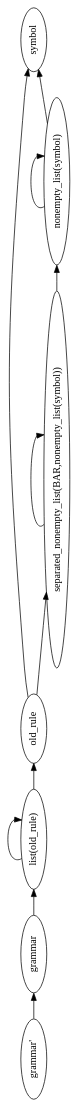
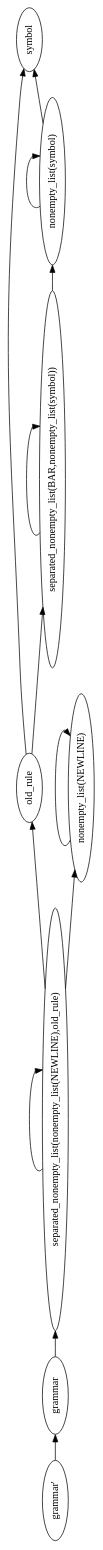
One commit to meta-introspector/gbnf-nice-parser changed the diagram in lib/sentenceParser.dot. Above: the diagram before and after it, drawn with Graphviz. The commit also changed 2 other files, not shown here.

```diff
--- a/lib/sentenceParser.dot
+++ b/lib/sentenceParser.dot
@@ -1,23 +1,26 @@
 digraph G {
 orientation = landscape;
 rankdir = LR;
 ratio = compress;
 nt0 [ label="grammar'" ] ;
 nt1 [ label="symbol" ] ;
-nt2 [ label="separated_nonempty_list(BAR,nonempty_list(symbol))" ] ;
-nt3 [ label="old_rule" ] ;
-nt4 [ label="nonempty_list(symbol)" ] ;
-nt5 [ label="list(old_rule)" ] ;
-nt6 [ label="grammar" ] ;
-nt0 -> nt6 [ label="" ] ;
+nt2 [ label="separated_nonempty_list(nonempty_list(NEWLINE),old_rule)" ] ;
+nt3 [ label="separated_nonempty_list(BAR,nonempty_list(symbol))" ] ;
+nt4 [ label="old_rule" ] ;
+nt5 [ label="nonempty_list(symbol)" ] ;
+nt6 [ label="nonempty_list(NEWLINE)" ] ;
+nt7 [ label="grammar" ] ;
+nt0 -> nt7 [ label="" ] ;
 nt2 -> nt2 [ label="" ] ;
 nt2 -> nt4 [ label="" ] ;
-nt3 -> nt1 [ label="" ] ;
-nt3 -> nt2 [ label="" ] ;
+nt2 -> nt6 [ label="" ] ;
+nt3 -> nt3 [ label="" ] ;
+nt3 -> nt5 [ label="" ] ;
 nt4 -> nt1 [ label="" ] ;
-nt4 -> nt4 [ label="" ] ;
-nt5 -> nt3 [ label="" ] ;
+nt4 -> nt3 [ label="" ] ;
+nt5 -> nt1 [ label="" ] ;
 nt5 -> nt5 [ label="" ] ;
-nt6 -> nt5 [ label="" ] ;
+nt6 -> nt6 [ label="" ] ;
+nt7 -> nt2 [ label="" ] ;
 
 }
```
